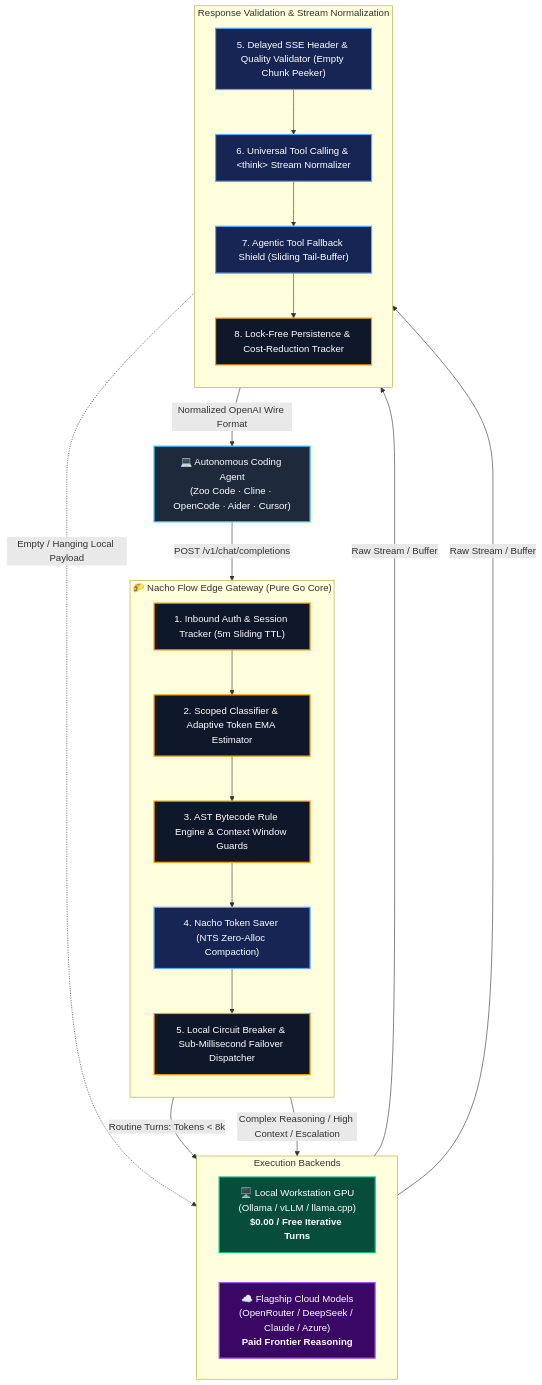
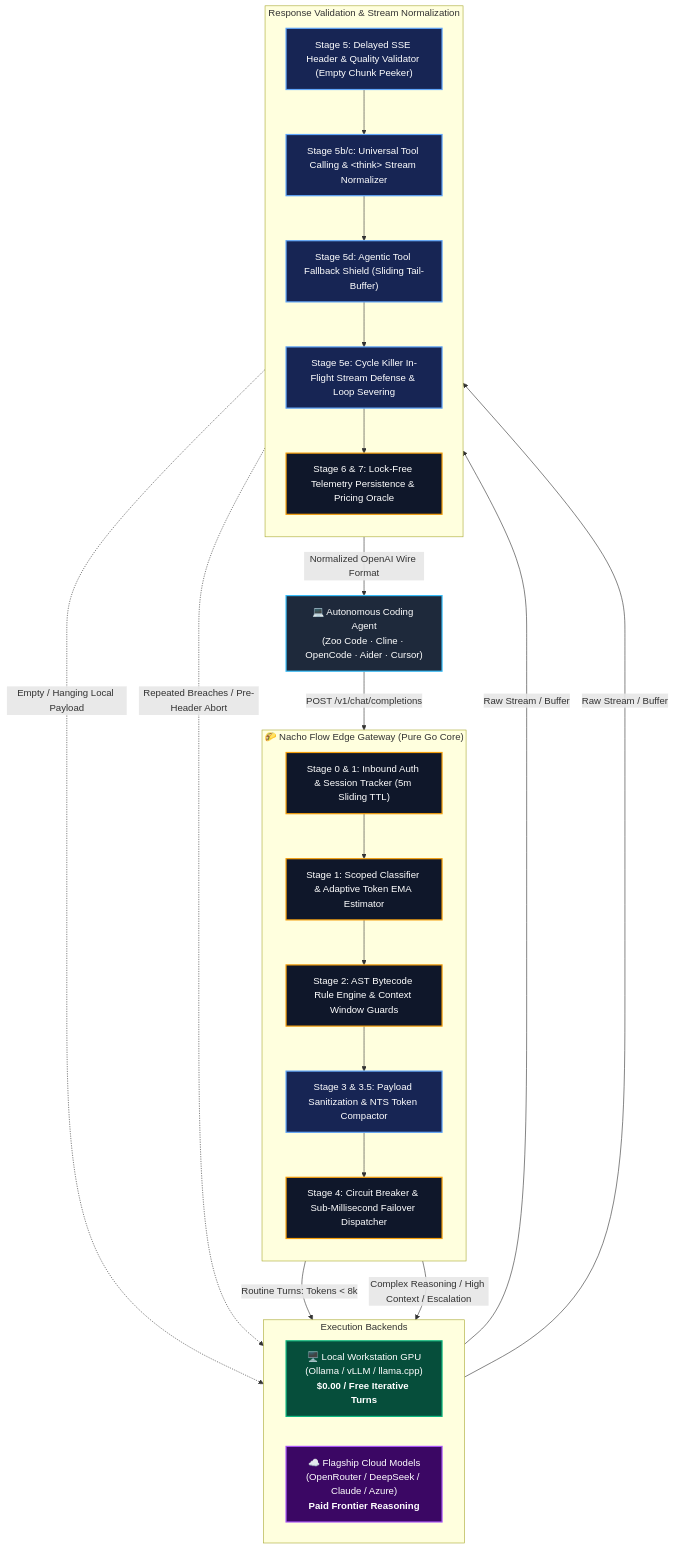
One commit to dixieflatline76/nacho-flow changed the first of 2 diagrams in site/docs/ARCHITECTURE.md. Above: the diagram before and after it, drawn with Mermaid. The commit also changed other lines of this file and 26 other files, not shown here.

First line of the commit message:
docs(arch): audit diagrams, modernize model baselines, and sync site docs

````diff
--- a/site/docs/ARCHITECTURE.md
+++ b/site/docs/ARCHITECTURE.md
@@ -9,47 +9,49 @@
 ```mermaid
 flowchart TD
     classDef client fill:#1e293b,stroke:#38bdf8,stroke-width:2px,color:#fff;
     classDef core fill:#0f172a,stroke:#f59e0b,stroke-width:2px,color:#fff;
     classDef local fill:#064e3b,stroke:#10b981,stroke-width:2px,color:#fff;
     classDef cloud fill:#3b0764,stroke:#a855f7,stroke-width:2px,color:#fff;
     classDef tool fill:#172554,stroke:#60a5fa,stroke-width:2px,color:#fff;
 
     Client["💻 Autonomous Coding Agent<br/>(Zoo Code · Cline · OpenCode · Aider · Cursor)"]:::client
 
     subgraph NachoGateway ["🌮 Nacho Flow Edge Gateway (Pure Go Core)"]
         direction TB
-        Auth["1. Inbound Auth & Session Tracker (5m Sliding TTL)"]:::core
-        Classifier["2. Scoped Classifier & Adaptive Token EMA Estimator"]:::core
-        Evaluator["3. AST Bytecode Rule Engine & Context Window Guards"]:::core
-        NTSCompactor["4. Nacho Token Saver (NTS Zero-Alloc Compaction)"]:::tool
-        CircuitBreaker["5. Local Circuit Breaker & Sub-Millisecond Failover Dispatcher"]:::core
+        Auth["Stage 0 & 1: Inbound Auth & Session Tracker (5m Sliding TTL)"]:::core
+        Classifier["Stage 1: Scoped Classifier & Adaptive Token EMA Estimator"]:::core
+        Evaluator["Stage 2: AST Bytecode Rule Engine & Context Window Guards"]:::core
+        NTSCompactor["Stage 3 & 3.5: Payload Sanitization & NTS Token Compactor"]:::tool
+        CircuitBreaker["Stage 4: Circuit Breaker & Sub-Millisecond Failover Dispatcher"]:::core
         
         Auth --> Classifier --> Evaluator --> NTSCompactor --> CircuitBreaker
     end
 
     subgraph Endpoints ["Execution Backends"]
         direction LR
         LocalGPU["🖥️ Local Workstation GPU<br/>(Ollama / vLLM / llama.cpp)<br/><b>$0.00 / Free Iterative Turns</b>"]:::local
         CloudAPI["☁️ Flagship Cloud Models<br/>(OpenRouter / DeepSeek / Claude / Azure)<br/><b>Paid Frontier Reasoning</b>"]:::cloud
     end
 
     subgraph ProcessingStack ["Response Validation & Stream Normalization"]
         direction TB
-        DelayedHeader["5. Delayed SSE Header & Quality Validator (Empty Chunk Peeker)"]:::tool
-        ToolNormalizer["6. Universal Tool Calling & &lt;think&gt; Stream Normalizer"]:::tool
-        Shield["7. Agentic Tool Fallback Shield (Sliding Tail-Buffer)"]:::tool
-        Telemetry["8. Lock-Free Persistence & Cost-Reduction Tracker"]:::core
+        DelayedHeader["Stage 5: Delayed SSE Header & Quality Validator (Empty Chunk Peeker)"]:::tool
+        ToolNormalizer["Stage 5b/c: Universal Tool Calling & &lt;think&gt; Stream Normalizer"]:::tool
+        Shield["Stage 5d: Agentic Tool Fallback Shield (Sliding Tail-Buffer)"]:::tool
+        CycleKiller["Stage 5e: Cycle Killer In-Flight Stream Defense & Loop Severing"]:::tool
+        Telemetry["Stage 6 & 7: Lock-Free Telemetry Persistence & Pricing Oracle"]:::core
 
-        DelayedHeader --> ToolNormalizer --> Shield --> Telemetry
+        DelayedHeader --> ToolNormalizer --> Shield --> CycleKiller --> Telemetry
     end
 
     Client -->|POST /v1/chat/completions| Auth
     CircuitBreaker -->|Routine Turns: Tokens < 8k| LocalGPU
     CircuitBreaker -->|Complex Reasoning / High Context / Escalation| CloudAPI
 
     LocalGPU -->|Raw Stream / Buffer| DelayedHeader
     CloudAPI -->|Raw Stream / Buffer| DelayedHeader
 
     DelayedHeader -.->|Empty / Hanging Local Payload| CloudAPI
+    CycleKiller -.->|Repeated Breaches / Pre-Header Abort| CloudAPI
     Telemetry -->|Normalized OpenAI Wire Format| Client
 ```
````
